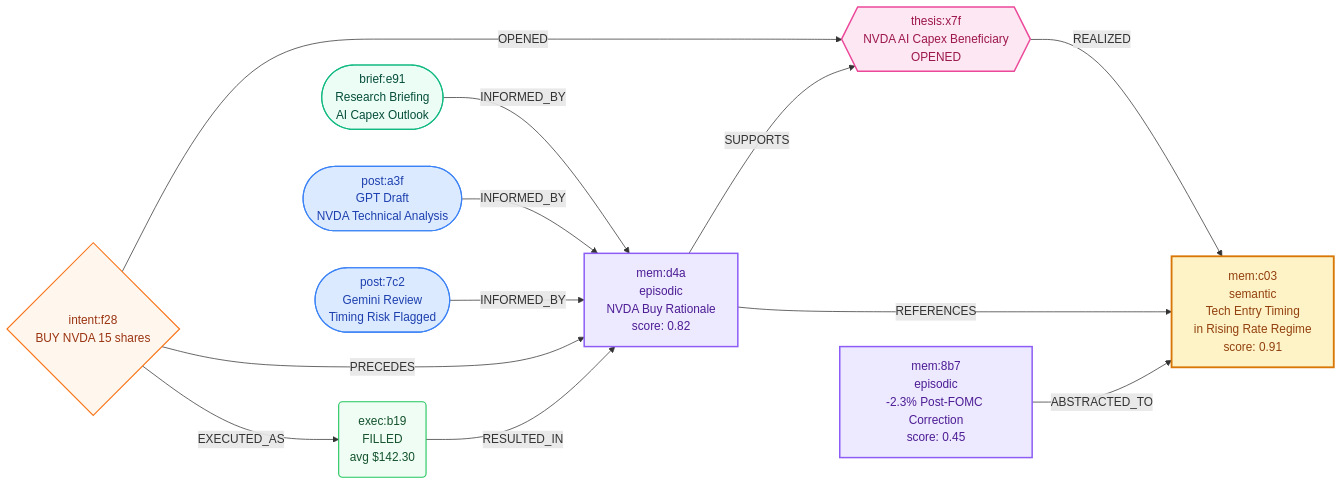
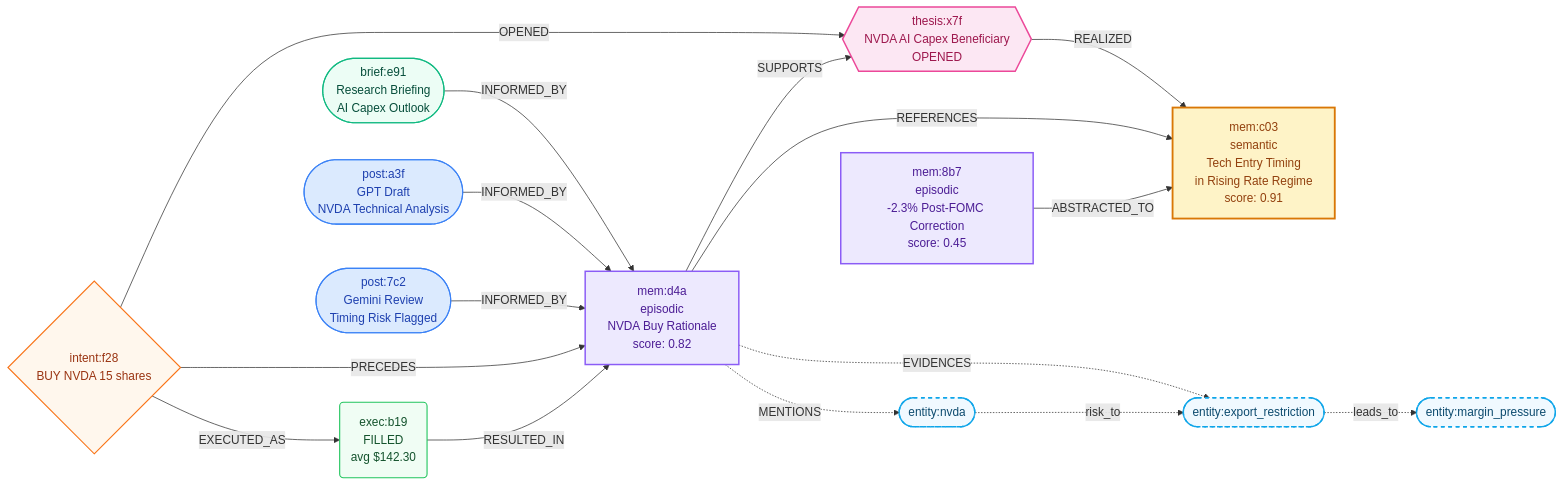
Before and after one commit to midnightnnn/llm_invest: the third of 3 diagrams in README.md, drawn with Mermaid. The commit also changed other lines of this file and 33 other files, not shown here.

````diff
--- a/README.md
+++ b/README.md
@@ -378,49 +380,61 @@
 ```mermaid
 graph LR
     %% ─── Cycle 42: GPT analyzes and buys NVDA ───
     B1(["post:a3f\nGPT Draft\nNVDA Technical Analysis"])
     B2(["post:7c2\nGemini Review\nTiming Risk Flagged"])
     R1(["brief:e91\nResearch Briefing\nAI Capex Outlook"])
 
     M1["mem:d4a\nepisodic\nNVDA Buy Rationale\nscore: 0.82"]
     I1{"intent:f28\nBUY NVDA 15 shares"}
     E1("exec:b19\nFILLED\navg $142.30")
 
     R1 -->|INFORMED_BY| M1
     B1 -->|INFORMED_BY| M1
     B2 -->|INFORMED_BY| M1
     I1 -->|PRECEDES| M1
     E1 -->|RESULTED_IN| M1
     I1 -->|EXECUTED_AS| E1
 
     %% ─── Thesis: Investment thesis tracking buy rationale ───
     T1{{"thesis:x7f\nNVDA AI Capex Beneficiary\nOPENED"}}
 
     I1 -->|OPENED| T1
     M1 -->|SUPPORTS| T1
 
     %% ─── Cycle 55: Compaction → semantic lesson ───
     M2["mem:8b7\nepisodic\n-2.3% Post-FOMC Correction\nscore: 0.45"]
     M3["mem:c03\nsemantic\nTech Entry Timing\nin Rising Rate Regime\nscore: 0.91"]
 
     T1 -->|REALIZED| M3
     M1 -->|REFERENCES| M3
     M2 -->|ABSTRACTED_TO| M3
 
+    %% ─── Semantic Relation Graph (concept layer) ───
+    SN1([entity:nvda])
+    SN2([entity:export_restriction])
+    SN3([entity:margin_pressure])
+
+    M1 -.->|MENTIONS| SN1
+    M1 -.->|EVIDENCES| SN2
+    SN1 -.->|risk_to| SN2
+    SN2 -.->|leads_to| SN3
+
     %% ─── Styles ───
     classDef post fill:#dbeafe,stroke:#3b82f6,stroke-width:1.5px,color:#1e40af
     classDef brief fill:#ecfdf5,stroke:#10b981,stroke-width:1.5px,color:#064e3b
     classDef mem fill:#ede9fe,stroke:#8b5cf6,stroke-width:2px,color:#4c1d95
     classDef semantic fill:#fef3c7,stroke:#d97706,stroke-width:2.5px,color:#92400e
     classDef intent fill:#fff7ed,stroke:#f97316,stroke-width:1.5px,color:#9a3412
     classDef exec fill:#f0fdf4,stroke:#22c55e,stroke-width:1.5px,color:#14532d
     classDef thesis fill:#fce7f3,stroke:#ec4899,stroke-width:2px,color:#9d174d
+    classDef entity fill:#f0f9ff,stroke:#0ea5e9,stroke-width:2px,color:#0c4a6e,stroke-dasharray:5 5
 
     class B1,B2 post
     class R1 brief
     class M1,M2 mem
     class M3 semantic
     class I1 intent
     class E1 exec
     class T1 thesis
+    class SN1,SN2,SN3 entity
 ```
````
